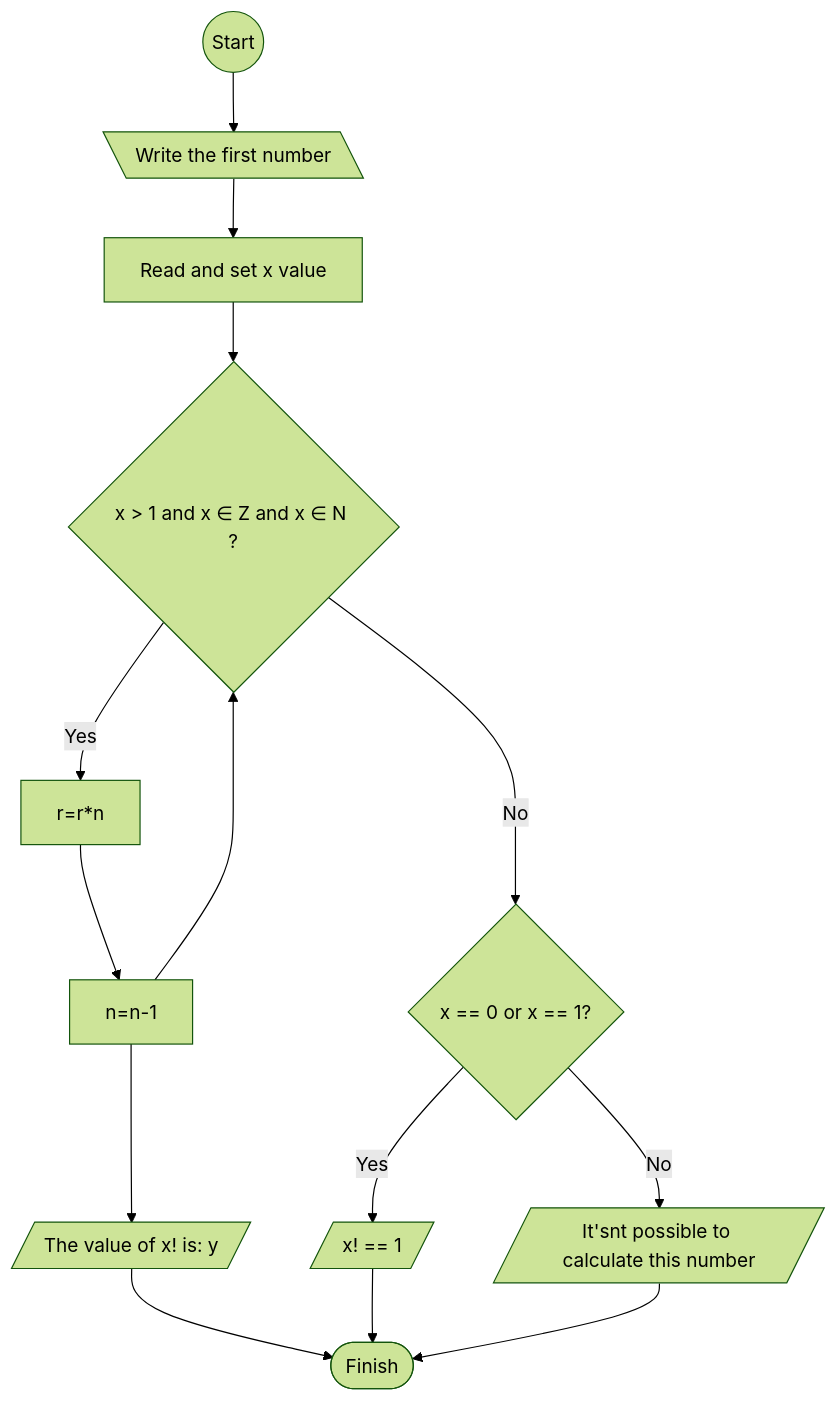
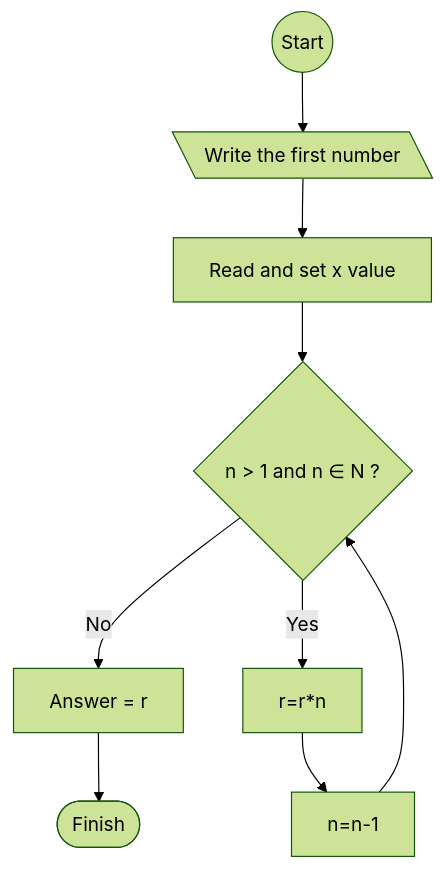
One commit to AndreLucas0/aula-LP changed the eighth of 10 diagrams in Listas de Exercícios/LP_Lista_01/README.md. Above: the diagram before and after it, drawn with Mermaid (forest theme).

Commit message:
correção exercício 8 pt2.

````diff
--- a/Listas de Exercícios/LP_Lista_01/README.md
+++ b/Listas de Exercícios/LP_Lista_01/README.md
@@ -133,17 +133,12 @@
    ```mermaid
    flowchart TD
       Start((Start)) --> input1[\ Write the first number \]
       input1 --> value1[ Read and set x value ]
-      value1 --> verification1{" x > 1 and x ∈ Z and x ∈ N ? "}
-      verification1 --> |No| A{x == 0 or x == 1?}
+      value1 --> verification1{" n > 1 and n ∈ N ? "}
+      verification1 --> |No| A[Answer = r]
       verification1 --> |Yes| B["r=r*n"]
-      A --> |No| C[/It'snt possible to calculate this number/]
-      A --> |Yes| D[/ x! == 1 /]
+      A --> finish([Finish])
       B --> verification2[n=n-1]
       verification2 --> verification1
-      verification2 --> E[/The value of x! is: y/]
-      E --> finish([Finish])
-      D --> finish
-      C --> finish
 
    ```
````
